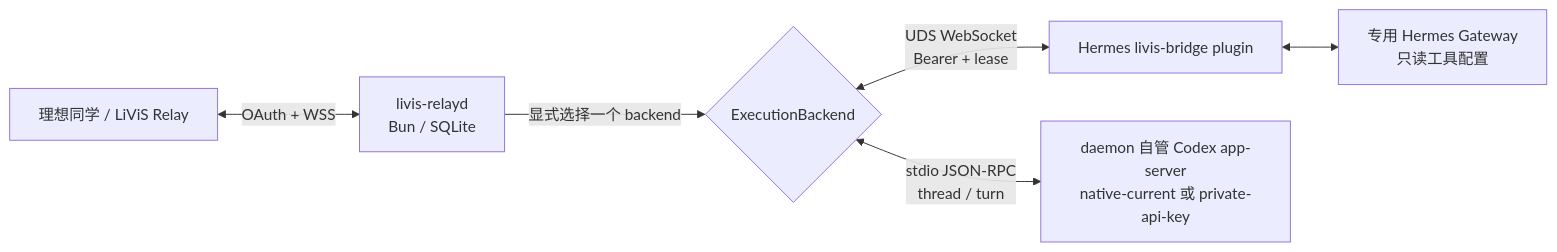
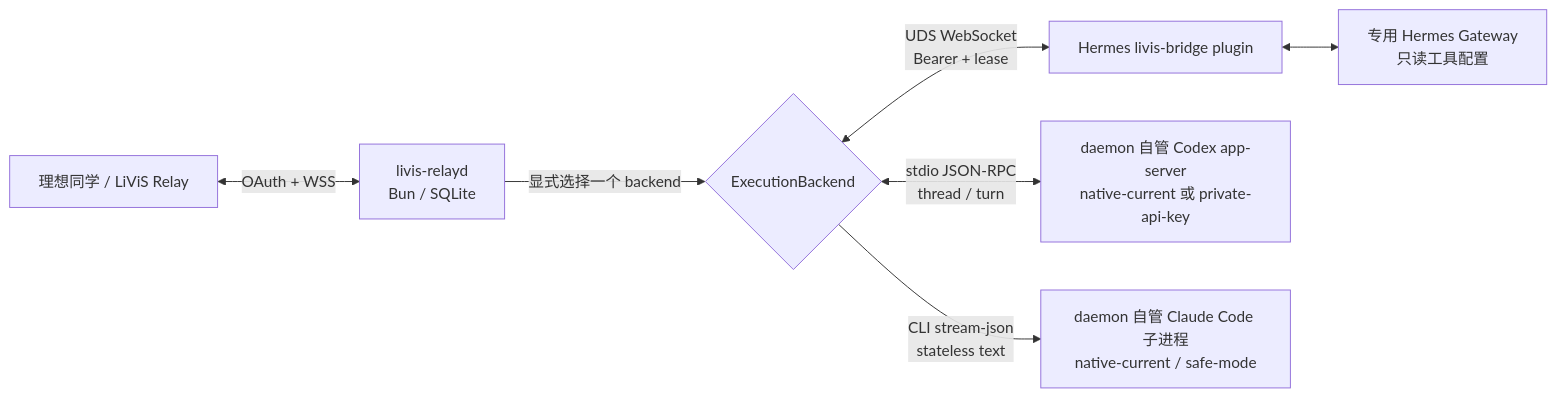
Before and after one commit to Jassy930/livis-relay-daemon: the diagram in README.md, drawn with Mermaid. The commit also changed other lines of this file and 28 other files, not shown here.

Commit message:
feat: 接入 Claude native-current 纯文本后端

````diff
--- a/README.md
+++ b/README.md
@@ -12,8 +12,9 @@
 ```mermaid
 flowchart LR
     L["理想同学 / LiViS Relay"] <-->|"OAuth + WSS"| D["livis-relayd\nBun / SQLite"]
     D -->|"显式选择一个 backend"| B{"ExecutionBackend"}
     B <-->|"UDS WebSocket\nBearer + lease"| P["Hermes livis-bridge plugin"]
     P <--> H["专用 Hermes Gateway\n只读工具配置"]
     B <-->|"stdio JSON-RPC\nthread / turn"| C["daemon 自管 Codex app-server\nnative-current 或 private-api-key"]
+    B -->|"CLI stream-json\nstateless text"| A["daemon 自管 Claude Code 子进程\nnative-current / safe-mode"]
 ```
````
